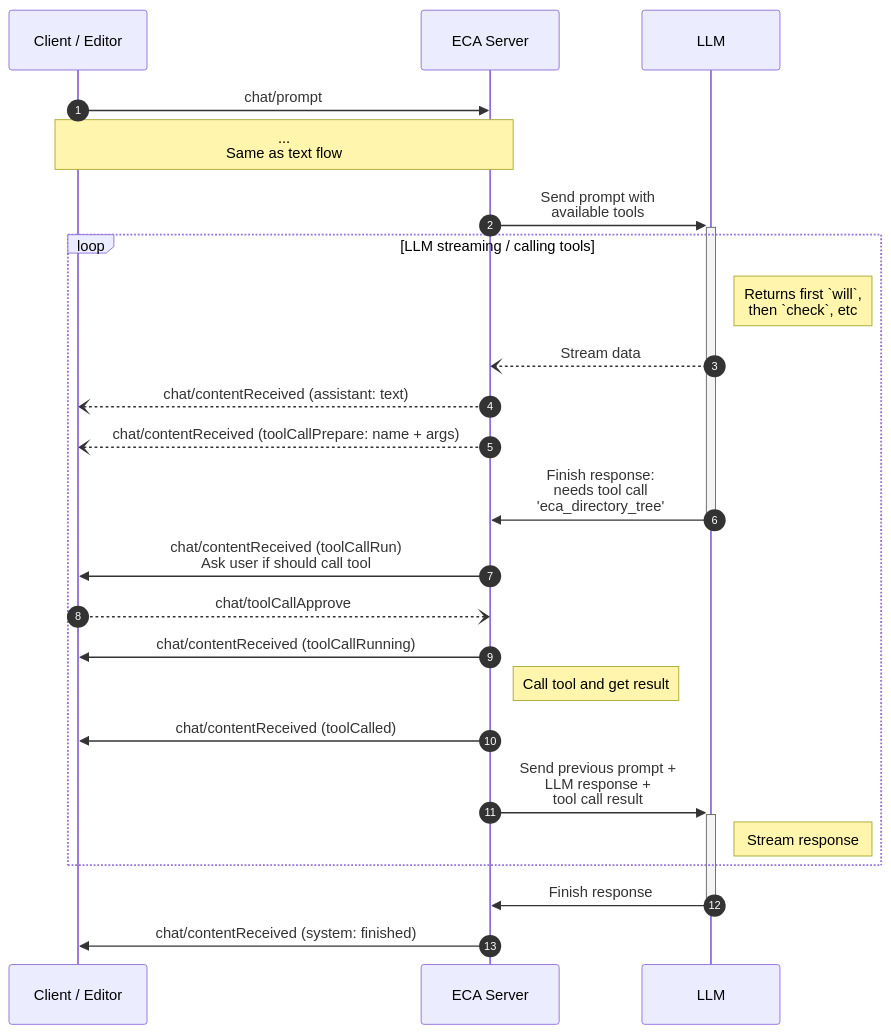
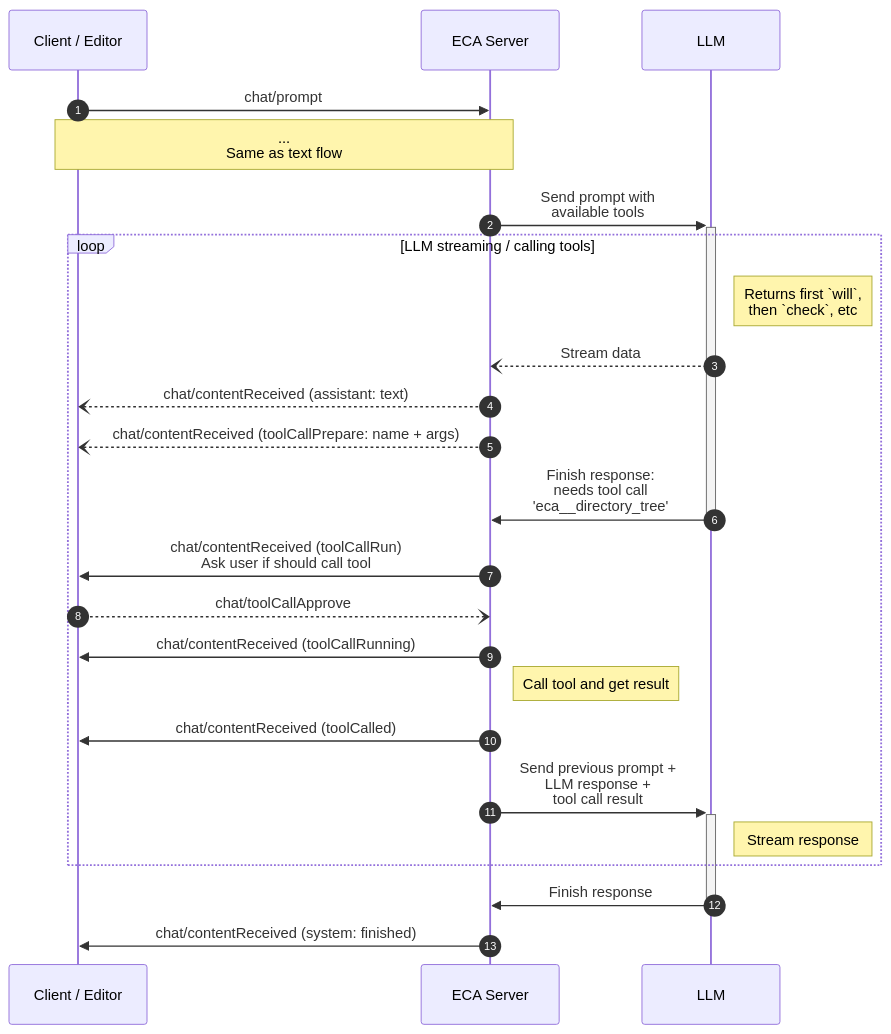
Before and after one commit to editor-code-assistant/eca: the fourth of 4 diagrams in docs/protocol.md, drawn with Mermaid. The commit also changed other lines of this file and 37 other files, not shown here.

````diff
--- a/docs/protocol.md
+++ b/docs/protocol.md
@@ -302,26 +302,26 @@
     ```mermaid
     sequenceDiagram
         autonumber
         participant C as Client / Editor
         participant S as ECA Server
         participant L as LLM
         C->>S: chat/prompt
         Note over C,S: ...<br/>Same as text flow
         S->>+L: Send prompt with<br/>available tools
         loop LLM streaming / calling tools
             Note right of L: Returns first `will`,<br/>then `check`, etc
             L--)S: Stream data
             S--)C: chat/contentReceived (assistant: text)
             S--)C: chat/contentReceived (toolCallPrepare: name + args)
-            L->>-S: Finish response:<br/>needs tool call<br/>'eca_directory_tree'
+            L->>-S: Finish response:<br/>needs tool call<br/>'eca__directory_tree'
             S->>C: chat/contentReceived (toolCallRun)<br/>Ask user if should call tool
             C--)S: chat/toolCallApprove
             S->>C: chat/contentReceived (toolCallRunning)
             Note right of S: Call tool and get result
             S->>C: chat/contentReceived (toolCalled)
             S->>+L: Send previous prompt +<br/>LLM response +<br/>tool call result
             Note right of L: Stream response
         end
         L->>-S: Finish response
         S->>C: chat/contentReceived (system: finished)
     ```
````
